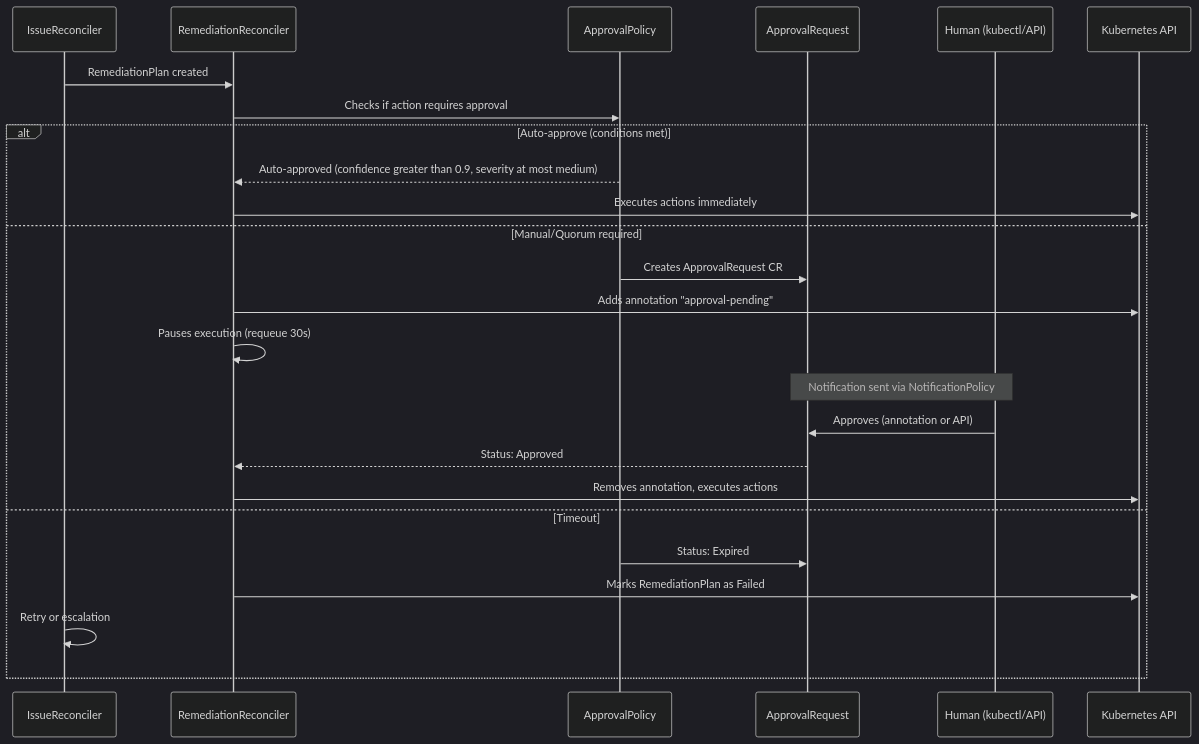
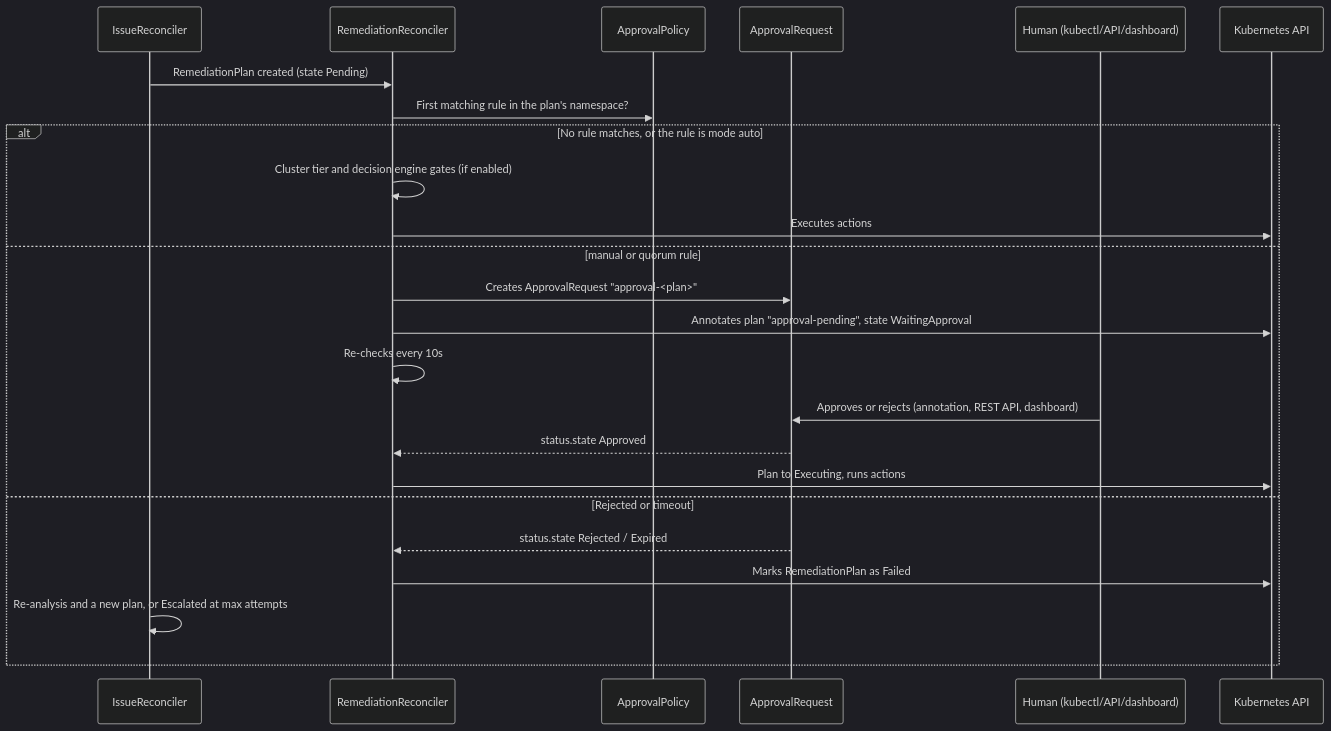
Before and after one commit to diillson/chatcli.ai: the first of 3 diagrams in features/aiops/approval-workflow.mdx, drawn with Mermaid (dark theme). The commit also changed other lines of this file and 126 other files, not shown here.

First line of the commit message:
docs(aiops): align the AIOps pages, REST API reference and OpenAPI spec with the operator code, EN and pt

````diff
--- a/features/aiops/approval-workflow.mdx
+++ b/features/aiops/approval-workflow.mdx
@@ -32,31 +32,29 @@
 ```mermaid
 sequenceDiagram
     participant IR as IssueReconciler
     participant RR as RemediationReconciler
     participant AP as ApprovalPolicy
     participant AR as ApprovalRequest
-    participant H as Human (kubectl/API)
+    participant H as Human (kubectl/API/dashboard)
     participant K8s as Kubernetes API
 
-    IR->>RR: RemediationPlan created
-    RR->>AP: Checks if action requires approval
+    IR->>RR: RemediationPlan created (state Pending)
+    RR->>AP: First matching rule in the plan's namespace?
 
-    alt Auto-approve (conditions met)
-        AP-->>RR: Auto-approved (confidence greater than 0.9, severity at most medium)
-        RR->>K8s: Executes actions immediately
-    else Manual/Quorum required
-        AP->>AR: Creates ApprovalRequest CR
-        RR->>K8s: Adds annotation "approval-pending"
-        RR->>RR: Pauses execution (requeue 30s)
+    alt No rule matches, or the rule is mode auto
+        RR->>RR: Cluster tier and decision engine gates (if enabled)
+        RR->>K8s: Executes actions
+    else manual or quorum rule
+        RR->>AR: Creates ApprovalRequest "approval-<plan>"
+        RR->>K8s: Annotates plan "approval-pending", state WaitingApproval
+        RR->>RR: Re-checks every 10s
 
-        Note over AR,H: Notification sent via NotificationPolicy
-
-        H->>AR: Approves (annotation or API)
-        AR-->>RR: Status: Approved
-        RR->>K8s: Removes annotation, executes actions
-    else Timeout
-        AP->>AR: Status: Expired
+        H->>AR: Approves or rejects (annotation, REST API, dashboard)
+        AR-->>RR: status.state Approved
+        RR->>K8s: Plan to Executing, runs actions
+    else Rejected or timeout
+        AR-->>RR: status.state Rejected / Expired
         RR->>K8s: Marks RemediationPlan as Failed
-        IR->>IR: Retry or escalation
+        IR->>IR: Re-analysis and a new plan, or Escalated at max attempts
     end
 ```
````
